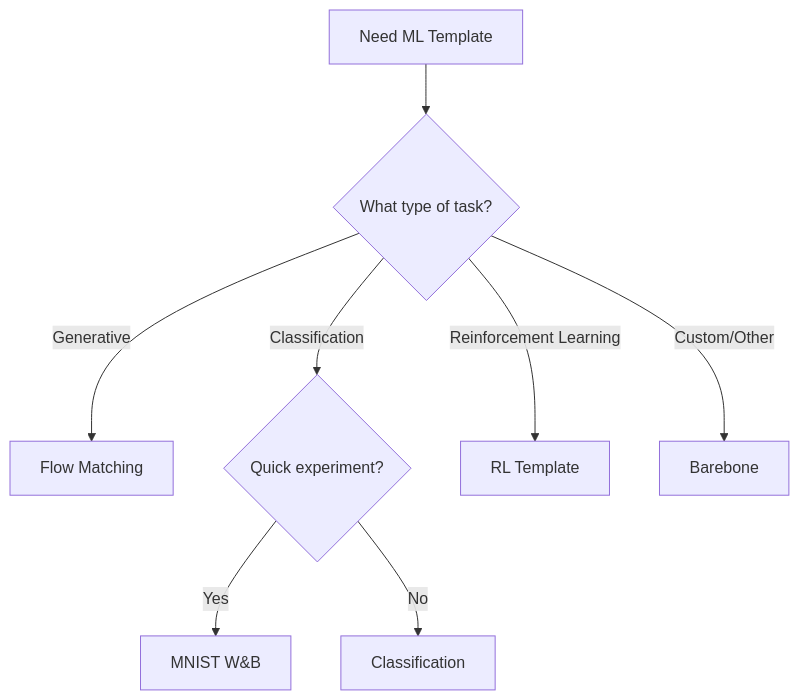
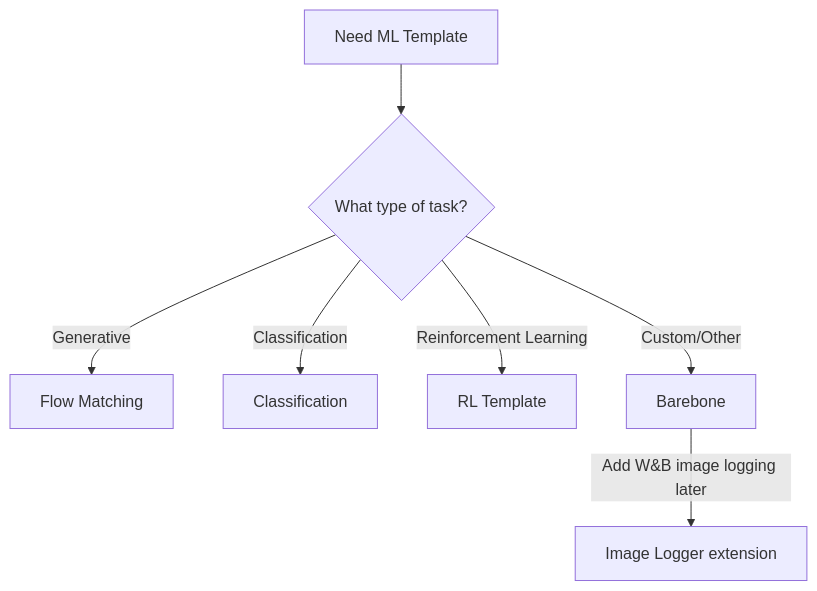
Before and after one commit to MoustHolmes/cookiecutter-ml-templates: the diagram in docs/available-templates/overview.md, drawn with Mermaid. The commit also changed other lines of this file and 223 other files, not shown here.

````diff
--- a/docs/available-templates/overview.md
+++ b/docs/available-templates/overview.md
@@ -205,10 +173,9 @@
 ```mermaid
 graph TD
     A[Need ML Template] --> B{What type of task?}
     B -->|Generative| C[Flow Matching]
-    B -->|Classification| D{Quick experiment?}
-    B -->|Reinforcement Learning| H[RL Template]
-    B -->|Custom/Other| E[Barebone]
-    D -->|Yes| F[MNIST W&B]
-    D -->|No| G[Classification]
+    B -->|Classification| D[Classification]
+    B -->|Reinforcement Learning| E[RL Template]
+    B -->|Custom/Other| F[Barebone]
+    F -->|Add W&B image logging later| G[Image Logger extension]
 ```
````
